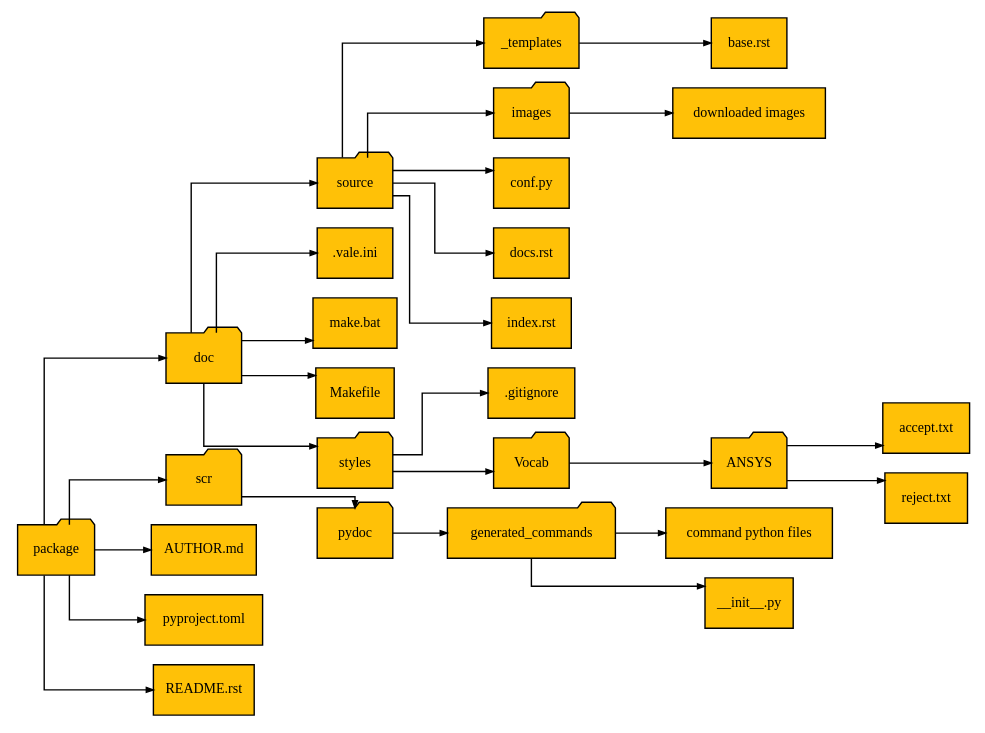
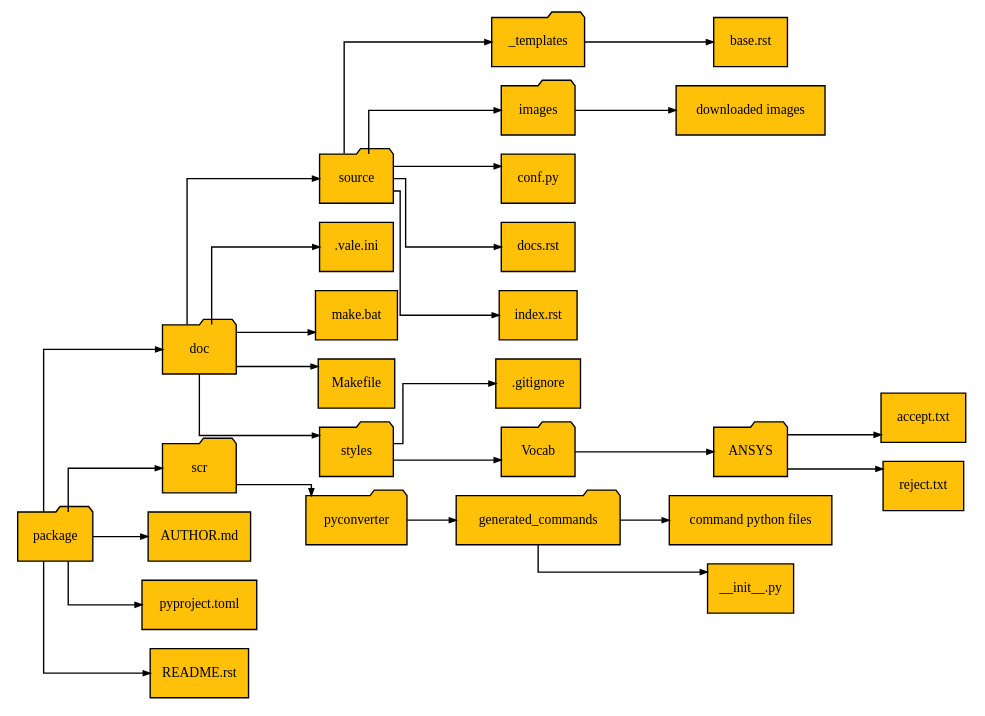
The diagram in doc/source/user_guide/images/diags/diag_package.rst (ansys/pyconverter-xml2py), drawn with Graphviz before and after one commit. The commit also changed 43 other files, not shown here.

```diff
--- a/doc/source/user_guide/images/diags/diag_package.rst
+++ b/doc/source/user_guide/images/diags/diag_package.rst
@@ -41,8 +41,8 @@
            label="README.rst", shape="file"
          ];
 
-         pydoc [
-           label="pydoc", shape="folder"
+         pyconverter [
+           label="pyconverter", shape="folder"
          ];
 
          generated_commands [
@@ -156,9 +156,9 @@
       ansys -> accept_file
       ansys -> reject_file
 
-      scr -> pydoc
+      scr -> pyconverter
       
-      pydoc -> generated_commands
+      pyconverter -> generated_commands
 
       generated_commands -> python_files
       generated_commands -> init_files
```
